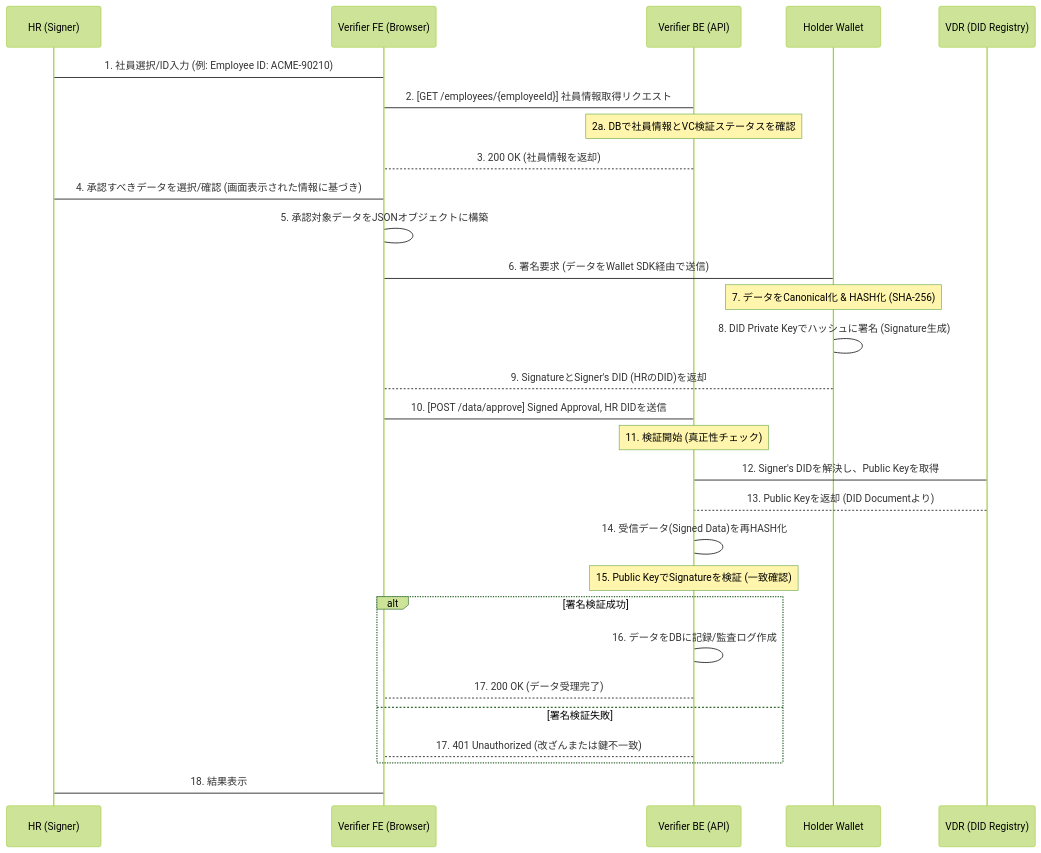
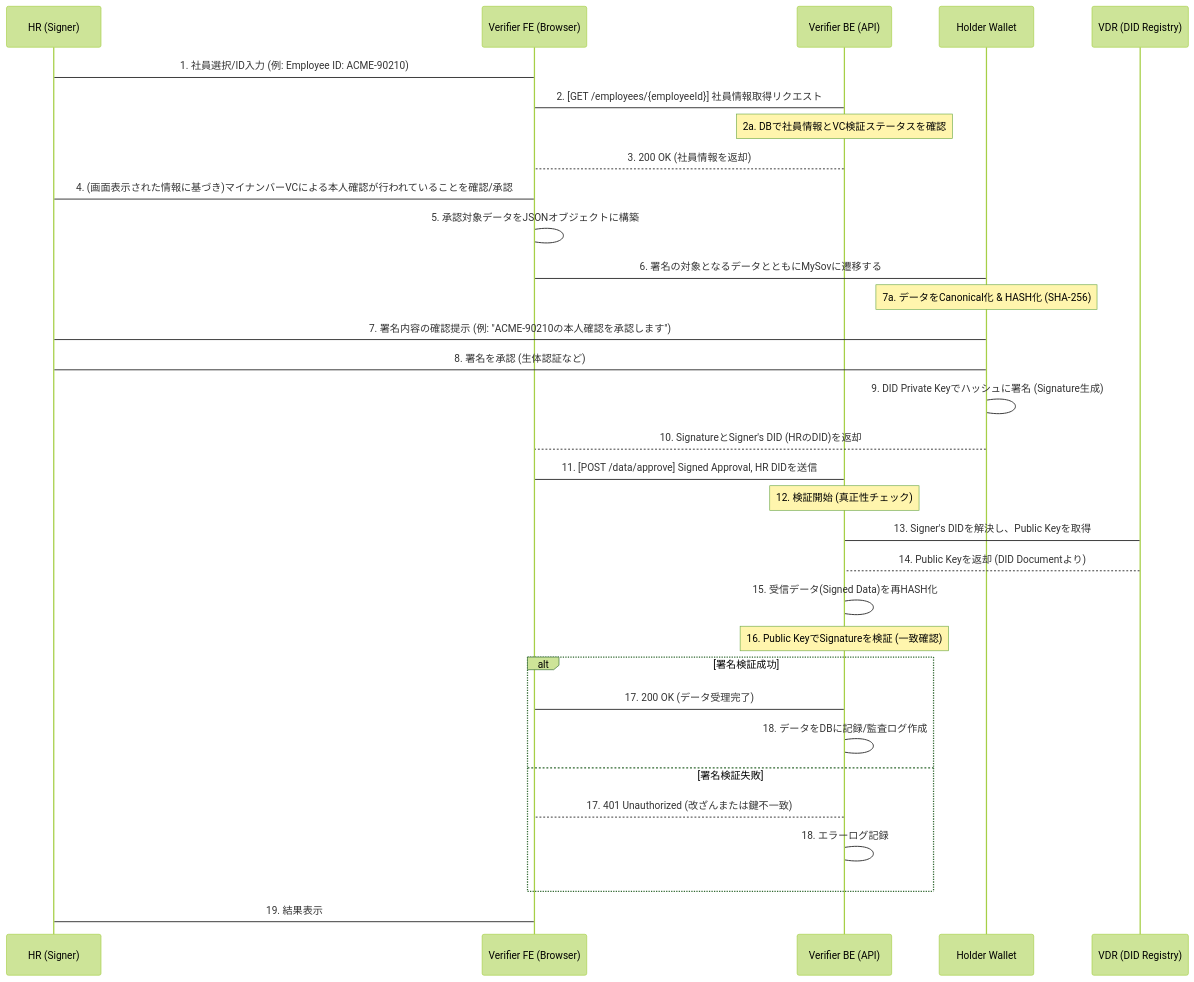
The third of 3 diagrams in README.md (satoke-dp/sample), drawn with Mermaid (forest theme) before and after one commit.

````diff
--- a/README.md
+++ b/README.md
@@ -89,45 +89,48 @@
 ```mermaid
 sequenceDiagram
     participant HR as HR (Signer)
     participant VerifierFE as Verifier FE (Browser)
     participant VerifierBE as Verifier BE (API)
     participant Wallet as Holder Wallet
     participant VDR as VDR (DID Registry)
 
     %% 1. HRによる社員情報取得と確認 (Verification)
     HR->VerifierFE: 1. 社員選択/ID入力 (例: Employee ID: ACME-90210)
     
     VerifierFE->VerifierBE: 2. [GET /employees/{employeeId}] 社員情報取得リクエスト
     Note over VerifierBE: 2a. DBで社員情報とVC検証ステータスを確認
     VerifierBE-->VerifierFE: 3. 200 OK (社員情報を返却)
     
-    HR->VerifierFE: 4. 承認すべきデータを選択/確認 (画面表示された情報に基づき)
+    HR->VerifierFE: 4. (画面表示された情報に基づき)マイナンバーVCによる本人確認が行われていることを確認/承認
     
     %% 2. Data Preparation and Signing (HR Action)
     VerifierFE->VerifierFE: 5. 承認対象データをJSONオブジェクトに構築
-    VerifierFE->Wallet: 6. 署名要求 (データをWallet SDK経由で送信)
+    VerifierFE->Wallet: 6. 署名の対象となるデータとともにMySovに遷移する
 
-    Note over Wallet: 7. データをCanonical化 & HASH化 (SHA-256)
-    Wallet->Wallet: 8. DID Private Keyでハッシュに署名 (Signature生成)
-    Wallet-->VerifierFE: 9. SignatureとSigner's DID (HRのDID)を返却
+    Note over Wallet: 7a. データをCanonical化 & HASH化 (SHA-256)
+    Wallet->HR: 7. 署名内容の確認提示 (例: "ACME-90210の本人確認を承認します")
+    HR->Wallet: 8. 署名を承認 (生体認証など)
+    Wallet->Wallet: 9. DID Private Keyでハッシュに署名 (Signature生成)
+    Wallet-->VerifierFE: 10. SignatureとSigner's DID (HRのDID)を返却
 
     %% 3. Submission to Backend
-    VerifierFE->VerifierBE: 10. [POST /data/approve] Signed Approval, HR DIDを送信
+    VerifierFE->VerifierBE: 11. [POST /data/approve] Signed Approval, HR DIDを送信
 
     %% 4. Verification and Storage (Server-side)
-    Note over VerifierBE: 11. 検証開始 (真正性チェック)
+    Note over VerifierBE: 12. 検証開始 (真正性チェック)
     
-    VerifierBE->VDR: 12. Signer's DIDを解決し、Public Keyを取得
-    VDR-->VerifierBE: 13. Public Keyを返却 (DID Documentより)
+    VerifierBE->VDR: 13. Signer's DIDを解決し、Public Keyを取得
+    VDR-->VerifierBE: 14. Public Keyを返却 (DID Documentより)
     
-    VerifierBE->VerifierBE: 14. 受信データ(Signed Data)を再HASH化
-    Note over VerifierBE: 15. Public KeyでSignatureを検証 (一致確認)
+    VerifierBE->VerifierBE: 15. 受信データ(Signed Data)を再HASH化
+    Note over VerifierBE: 16. Public KeyでSignatureを検証 (一致確認)
 
     alt 署名検証成功
-        VerifierBE->VerifierBE: 16. データをDBに記録/監査ログ作成
-        VerifierBE-->VerifierFE: 17. 200 OK (データ受理完了)
+        VerifierBE->VerifierFE: 17. 200 OK (データ受理完了)
+        VerifierBE->VerifierBE: 18. データをDBに記録/監査ログ作成
     else 署名検証失敗
         VerifierBE-->VerifierFE: 17. 401 Unauthorized (改ざんまたは鍵不一致)
+        VerifierBE->VerifierBE: 18. エラーログ記録
     end
-    VerifierFE->HR: 18. 結果表示
+    VerifierFE->HR: 19. 結果表示
 ```
````
